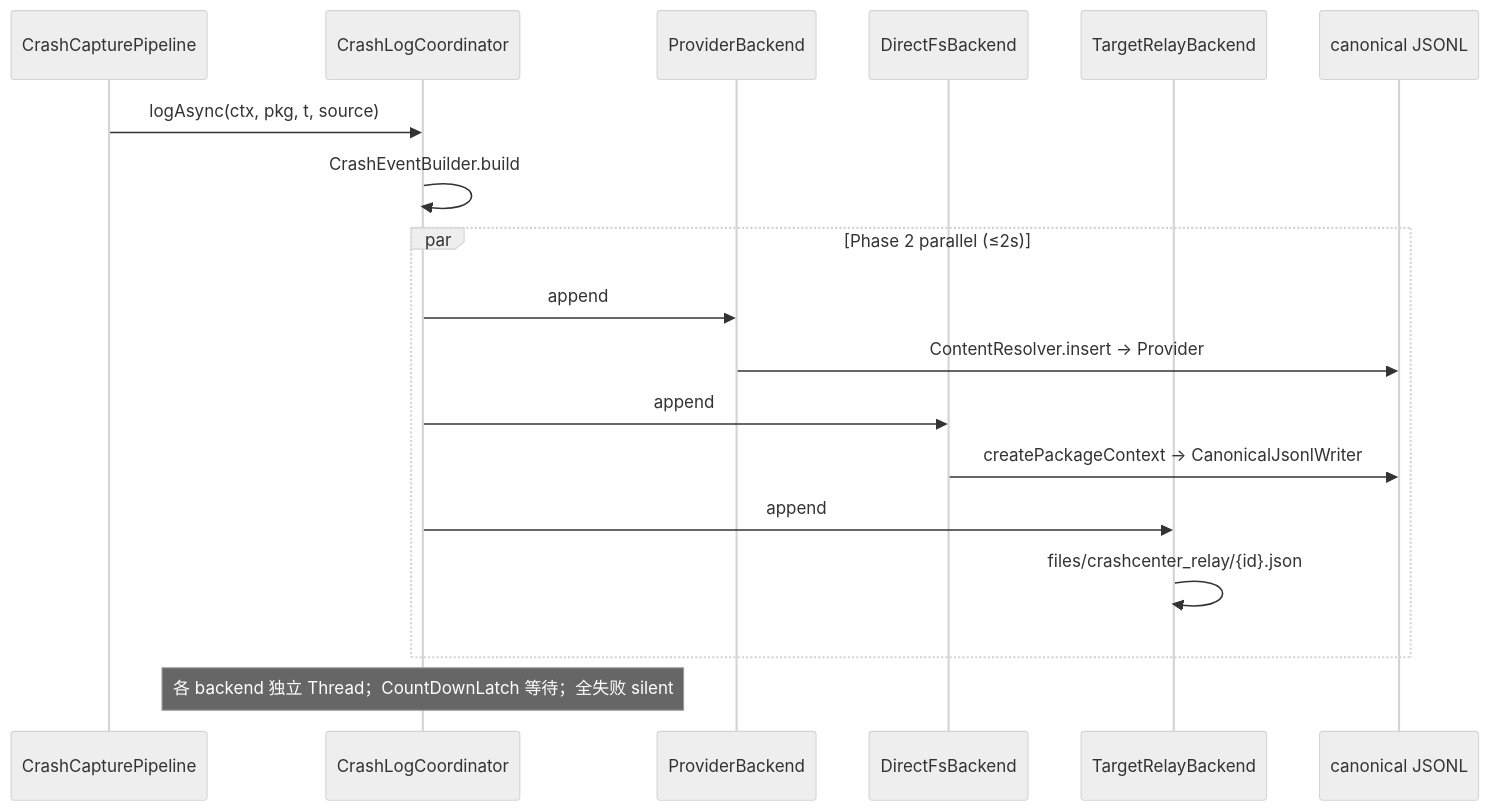
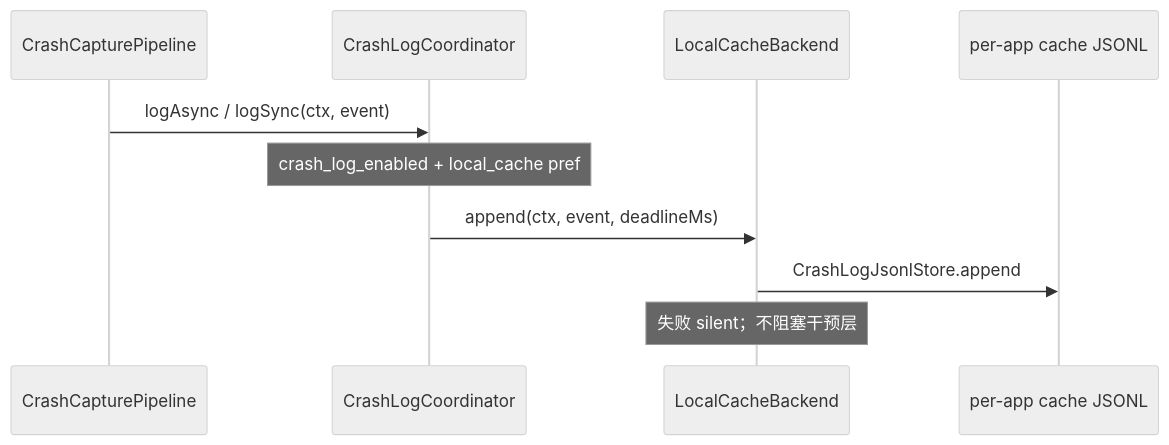
Before and after one commit to TIIEHenry/CrashCenter: the diagram in docs/architecture/crash-log-backends.md, drawn with Mermaid (neutral theme). The commit also changed other lines of this file and 147 other files, not shown here.

First line of the commit message:
feat(phase4): ADR-024 distributed cache storage and ANR logcat observability

````diff
--- a/docs/architecture/crash-log-backends.md
+++ b/docs/architecture/crash-log-backends.md
@@ -41,21 +36,13 @@
 ```mermaid
 sequenceDiagram
     participant Pipe as CrashCapturePipeline
     participant H as CrashLogCoordinator
-    participant P as ProviderBackend
-    participant D as DirectFsBackend
-    participant T as TargetRelayBackend
-    participant C as canonical JSONL
+    participant L as LocalCacheBackend
+    participant F as per-app cache JSONL
 
-    Pipe->>H: logAsync(ctx, pkg, t, source)
-    H->>H: CrashEventBuilder.build
-    par Phase 2 parallel (≤2s)
-        H->>P: append
-        P->>C: ContentResolver.insert → Provider
-        H->>D: append
-        D->>C: createPackageContext → CanonicalJsonlWriter
-        H->>T: append
-        T->>T: files/crashcenter_relay/{id}.json
-    end
-    Note over H: 各 backend 独立 Thread；CountDownLatch 等待；全失败 silent
+    Pipe->>H: logAsync / logSync(ctx, event)
+  Note over H: crash_log_enabled + local_cache pref
+    H->>L: append(ctx, event, deadlineMs)
+    L->>F: CrashLogJsonlStore.append
+    Note over L: 失败 silent；不阻塞干预层
 ```
````
